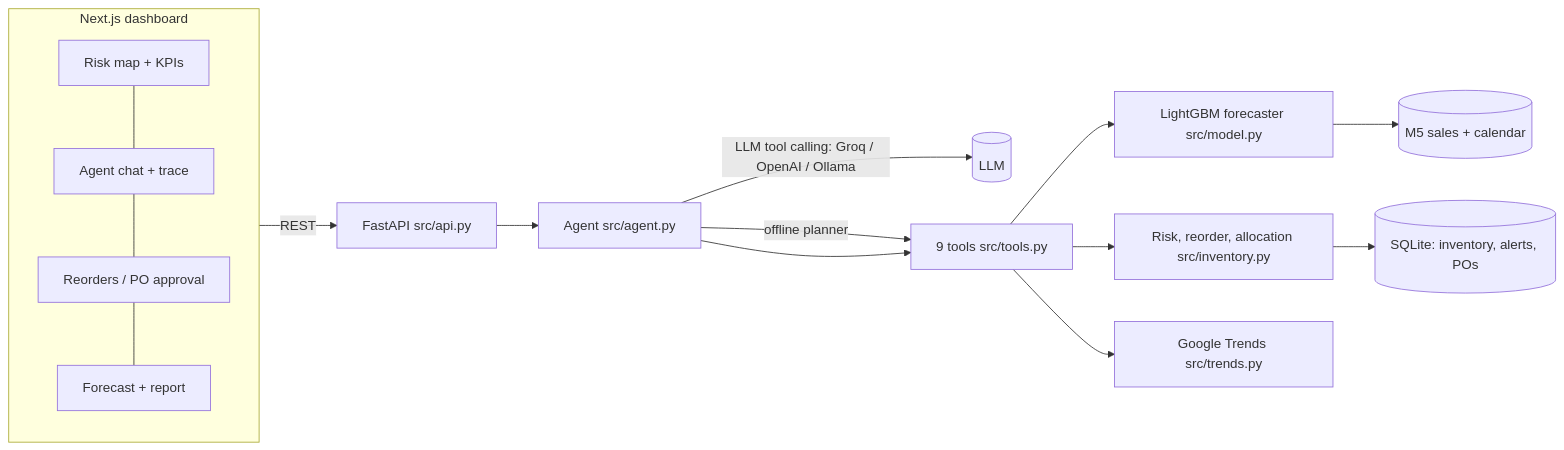
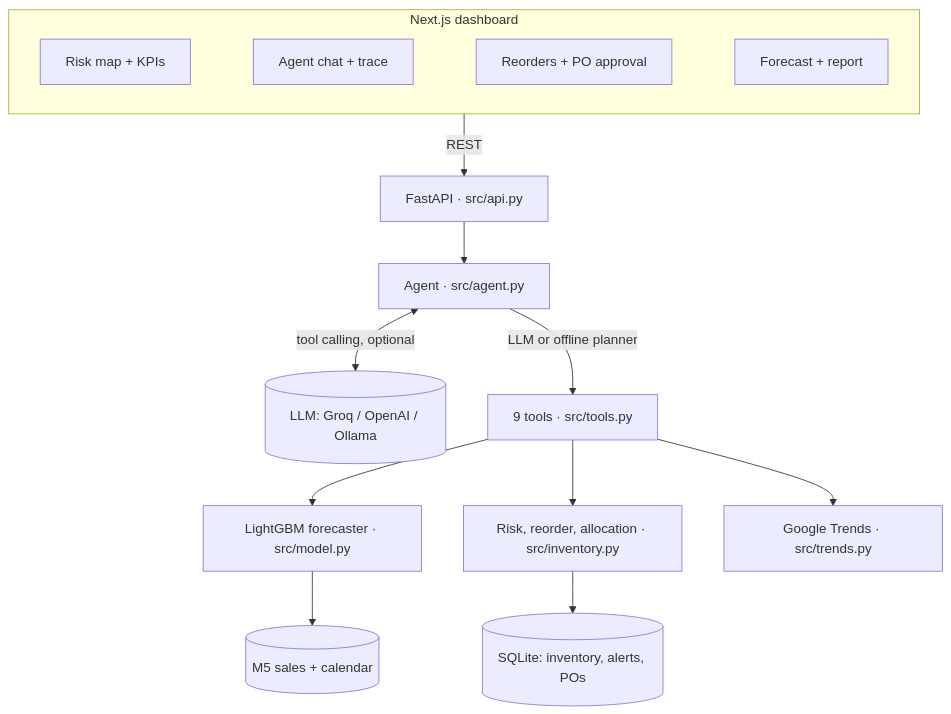
The first of 2 diagrams in docs/REPORT.md (Vishal-Verma71/demand-forecasting-agent), drawn with Mermaid before and after one commit. The commit also changed other lines of this file and 11 other files, not shown here.

First line of the commit message:
Add report screenshots, accuracy chart, demo walkthrough and PDF

````diff
--- a/docs/REPORT.md
+++ b/docs/REPORT.md
@@ -41,16 +41,16 @@
 ```mermaid
-flowchart LR
+flowchart TB
   subgraph UI[Next.js dashboard]
-    D[Risk map + KPIs] --- C[Agent chat + trace] --- R[Reorders / PO approval] --- F[Forecast + report]
+    direction LR
+    D[Risk map + KPIs] ~~~ C[Agent chat + trace] ~~~ R[Reorders + PO approval] ~~~ F[Forecast + report]
   end
-  UI -->|REST| API[FastAPI src/api.py]
-  API --> AG[Agent src/agent.py]
-  AG -->|LLM tool calling: Groq / OpenAI / Ollama| LLM[(LLM)]
-  AG -->|offline planner| T
-  AG --> T[9 tools src/tools.py]
-  T --> M[LightGBM forecaster src/model.py]
-  T --> INV[Risk, reorder, allocation src/inventory.py]
-  T --> TR[Google Trends src/trends.py]
+  UI -->|REST| API[FastAPI · src/api.py]
+  API --> AG[Agent · src/agent.py]
+  AG <-->|tool calling, optional| LLM[(LLM: Groq / OpenAI / Ollama)]
+  AG -->|LLM or offline planner| T[9 tools · src/tools.py]
+  T --> M[LightGBM forecaster · src/model.py]
+  T --> INV[Risk, reorder, allocation · src/inventory.py]
+  T --> TR[Google Trends · src/trends.py]
+  M --> DATA[(M5 sales + calendar)]
   INV --> DB[(SQLite: inventory, alerts, POs)]
-  M --> DATA[(M5 sales + calendar)]
 ```
````
